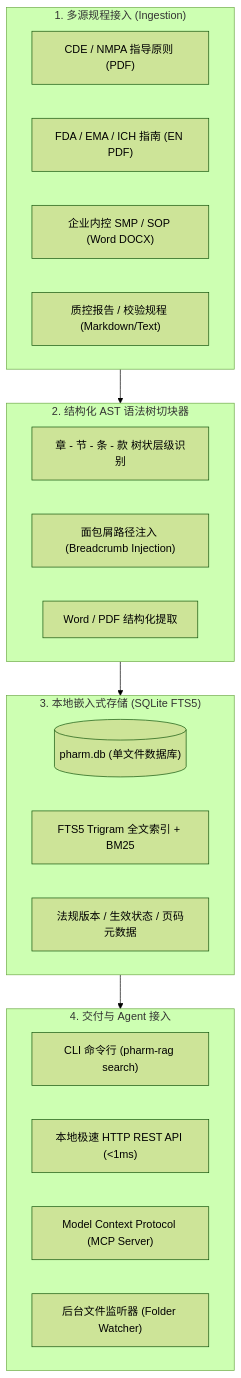
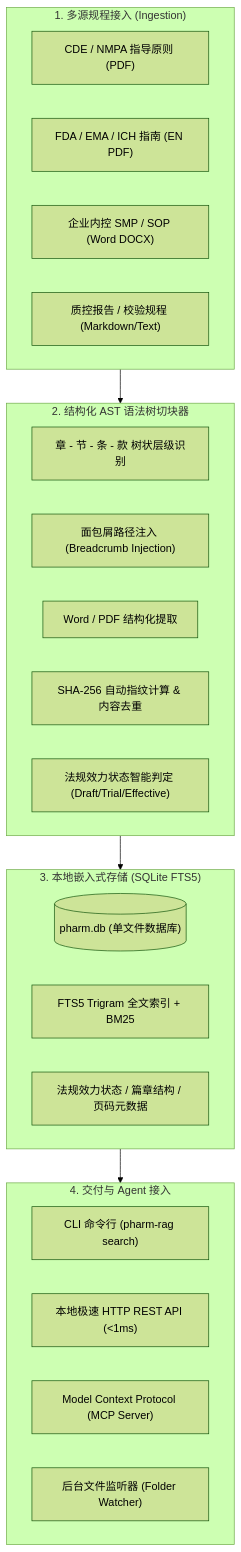
One commit to molezz/Pharm-RAG changed the diagram in README.md. Above: the diagram before and after it, drawn with Mermaid (forest theme). The commit also changed other lines of this file and 1 other file, not shown here.

Commit message:
docs: document regulatory lifecycle management and SHA-256 deduplication in README

````diff
--- a/README.md
+++ b/README.md
@@ -29,32 +31,34 @@
 ```mermaid
 flowchart TD
     subgraph Sources["1. 多源规程接入 (Ingestion)"]
         S1["CDE / NMPA 指导原则 (PDF)"]
         S2["FDA / EMA / ICH 指南 (EN PDF)"]
         S3["企业内控 SMP / SOP (Word DOCX)"]
         S4["质控报告 / 校验规程 (Markdown/Text)"]
     end
 
     subgraph Parser["2. 结构化 AST 语法树切块器"]
         P1["章 - 节 - 条 - 款 树状层级识别"]
         P2["面包屑路径注入 (Breadcrumb Injection)"]
         P3["Word / PDF 结构化提取"]
+        P4["SHA-256 自动指纹计算 & 内容去重"]
+        P5["法规效力状态智能判定 (Draft/Trial/Effective)"]
     end
 
     subgraph Storage["3. 本地嵌入式存储 (SQLite FTS5)"]
         DB[("pharm.db (单文件数据库)")]
         FTS["FTS5 Trigram 全文索引 + BM25"]
-        META["法规版本 / 生效状态 / 页码元数据"]
+        META["法规效力状态 / 篇章结构 / 页码元数据"]
     end
 
     subgraph Interfaces["4. 交付与 Agent 接入"]
         CLI["CLI 命令行 (pharm-rag search)"]
         REST["本地极速 HTTP REST API (&lt;1ms)"]
         MCP["Model Context Protocol (MCP Server)"]
         WATCH["后台文件监听器 (Folder Watcher)"]
     end
 
     Sources --> Parser
     Parser --> Storage
     Storage --> Interfaces
 ```
````
